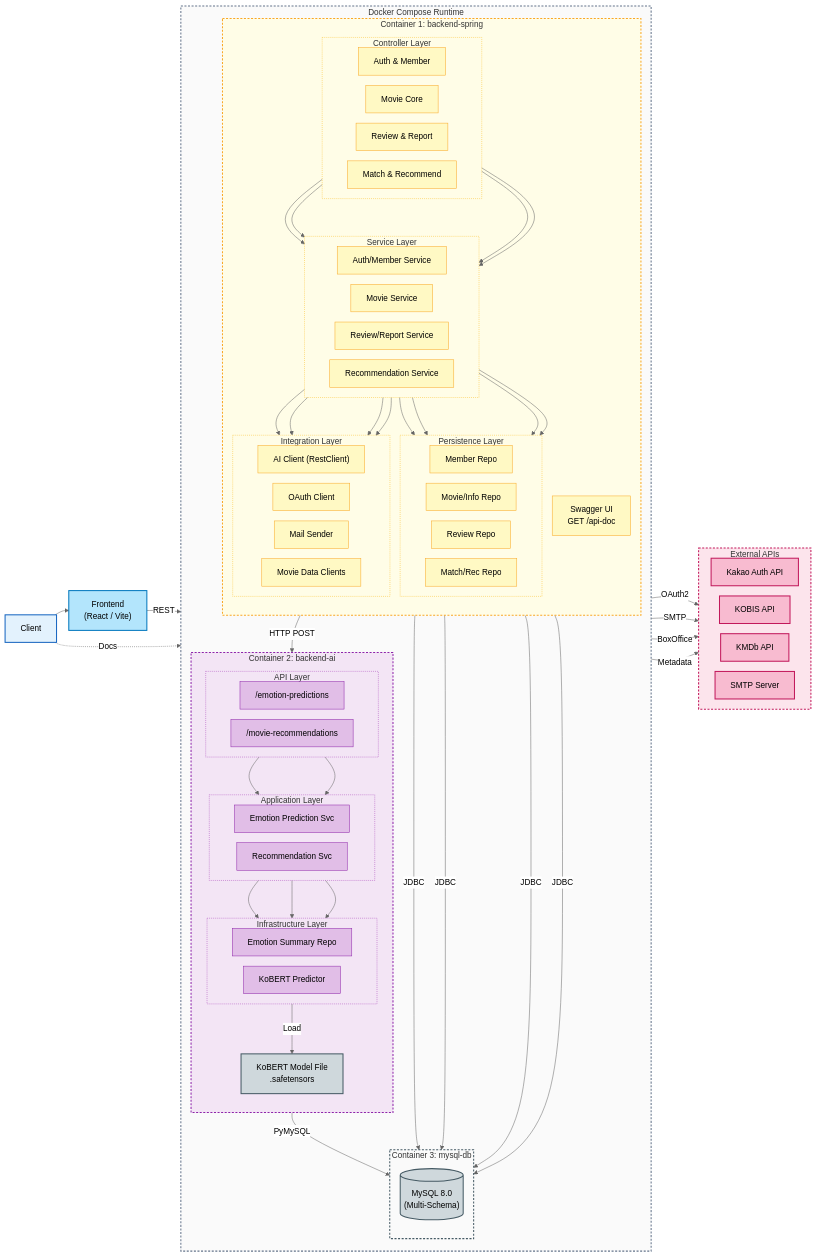
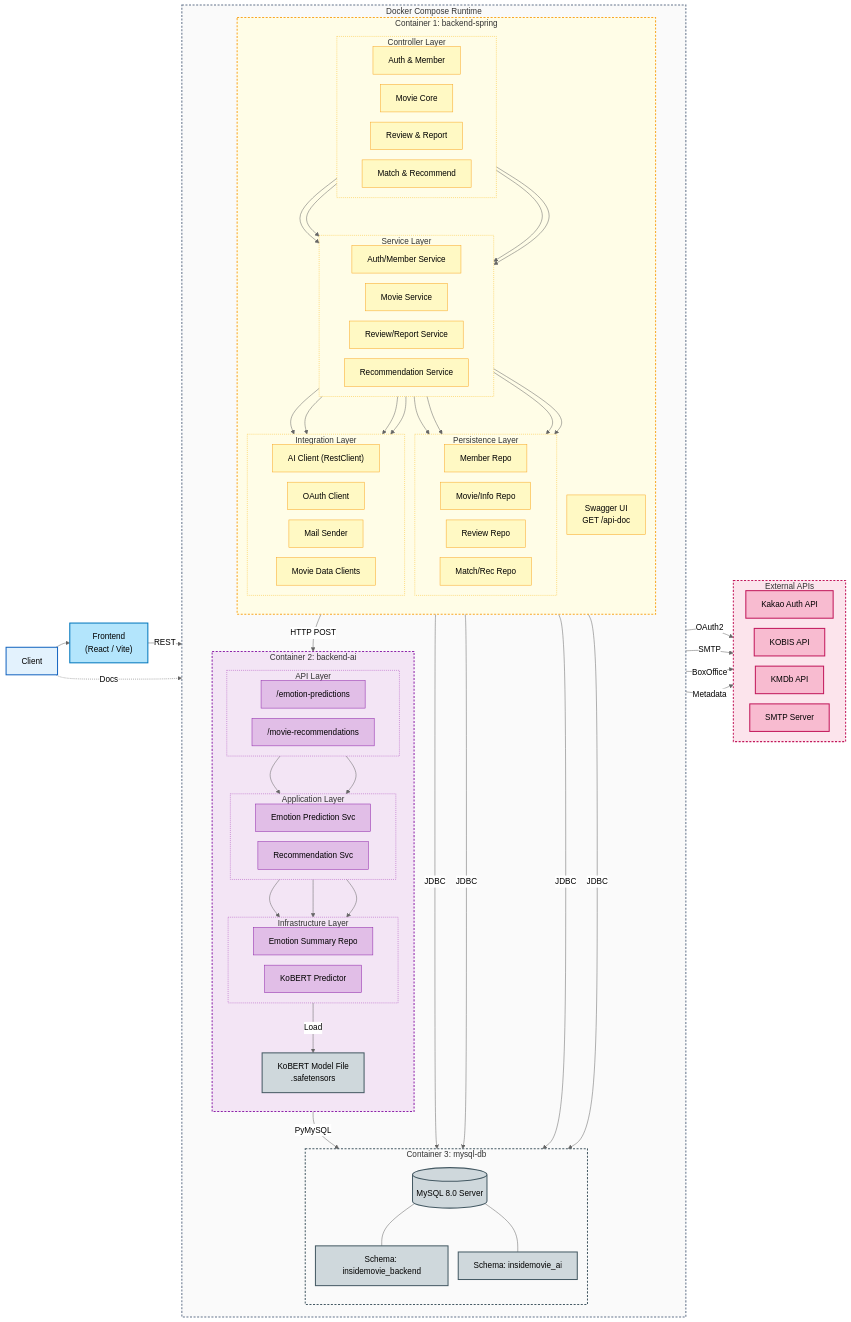
Before and after one commit to Gumraze-git/devlog: the diagram in posts/projects/movie-platform.md, drawn with Mermaid (neutral theme). The commit also changed other lines of this file, not shown here.

Commit message:
docs(mermaid): multi-schema 실제 스키마와 연결 대상을 다이어그램에 명시
- MySQL 컨테이너를 서버와 schema(insidemovie_backend, insidemovie_ai)로 분해해 표현
- Backend JDBC는 insidemovie_backend, AI PyMySQL은 insidemovie_ai로 연결선을 분리
- monorepo 설정 파일 근거를 2.3 섹션에 추가해 Multi-Schema 의미를 구체화

```diff
--- a/posts/projects/movie-platform.md
+++ b/posts/projects/movie-platform.md
@@ -104,7 +104,11 @@
 
     subgraph C_DB["Container 3: mysql-db"]
       direction TB
-      DB[("MySQL 8.0<br>(Multi-Schema)")]
+      MySQLSrv[("MySQL 8.0 Server")]
+      SchemaBackend["Schema: insidemovie_backend"]
+      SchemaAI["Schema: insidemovie_ai"]
+      MySQLSrv --- SchemaBackend
+      MySQLSrv --- SchemaAI
     end
   end
 
@@ -135,11 +139,11 @@
   A_S_Emotion --> A_I_Repo & A_I_Model
   A_S_Rec --> A_I_Repo
 
-  P_MemberRepo -- JDBC --> DB
-  P_MovieRepo -- JDBC --> DB
-  P_ReviewRepo -- JDBC --> DB
-  P_RecRepo -- JDBC --> DB
-  A_I_Repo -- PyMySQL --> DB
+  P_MemberRepo -- JDBC --> SchemaBackend
+  P_MovieRepo -- JDBC --> SchemaBackend
+  P_ReviewRepo -- JDBC --> SchemaBackend
+  P_RecRepo -- JDBC --> SchemaBackend
+  A_I_Repo -- PyMySQL --> SchemaAI
   A_I_Model -- Load --> Model
 
   I_OAuth -- OAuth2 --> ExtKakao
@@ -170,7 +174,9 @@
   A_S_Rec:::ai_comp
   A_I_Model:::ai_comp
   A_I_Repo:::ai_comp
-  DB:::db
+  MySQLSrv:::db
+  SchemaBackend:::db
+  SchemaAI:::db
   Model:::db
   Client:::client
   FE:::frontend
```
